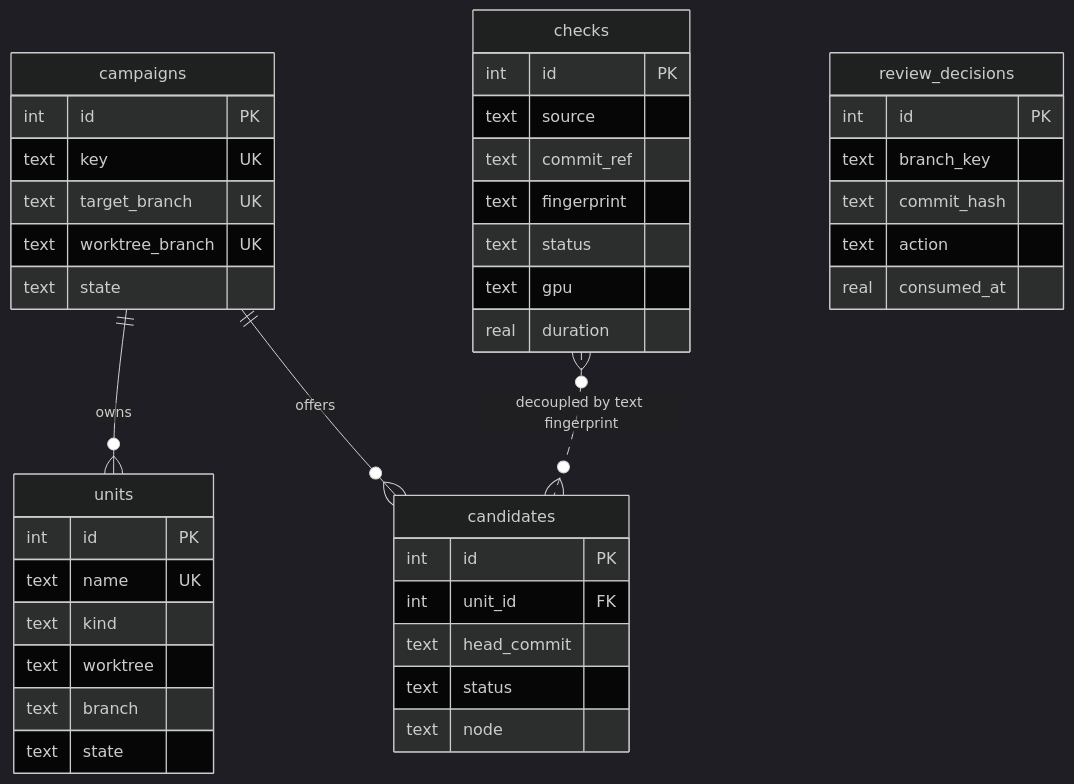
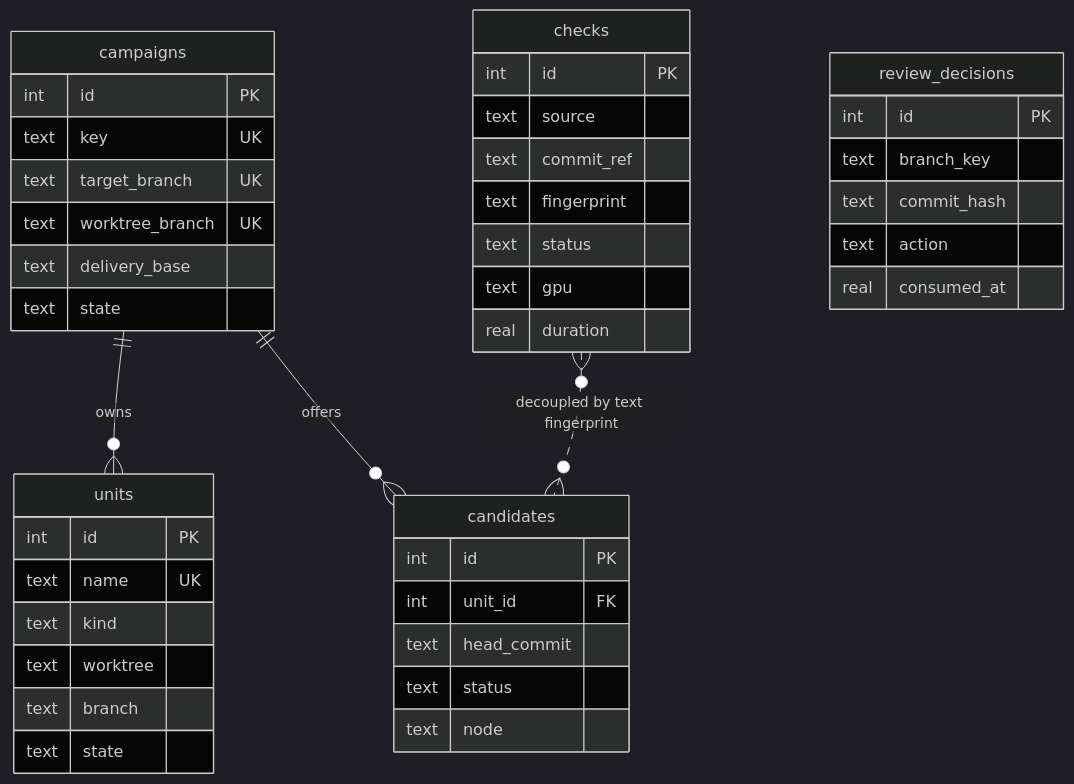
Before and after one commit to ming6ao/sliceme: the ninth of 10 diagrams in docs/architecture.md, drawn with Mermaid (dark theme). The commit also changed other lines of this file and 52 other files, not shown here.

````diff
--- a/docs/architecture.md
+++ b/docs/architecture.md
@@ -384,44 +387,45 @@
 ```mermaid
 erDiagram
   campaigns ||--o{ units : "owns"
   campaigns ||--o{ candidates : "offers"
   checks }o..o{ candidates : "decoupled by text fingerprint"
   review_decisions {
     int id PK
     text branch_key
     text commit_hash
     text action
     real consumed_at
   }
   campaigns {
     int id PK
     text key UK
     text target_branch UK
     text worktree_branch UK
+    text delivery_base
     text state
   }
   units {
     int id PK
     text name UK
     text kind
     text worktree
     text branch
     text state
   }
   candidates {
     int id PK
     int unit_id FK
     text head_commit
     text status
     text node
   }
   checks {
     int id PK
     text source
     text commit_ref
     text fingerprint
     text status
     text gpu
     real duration
   }
 ```
````
